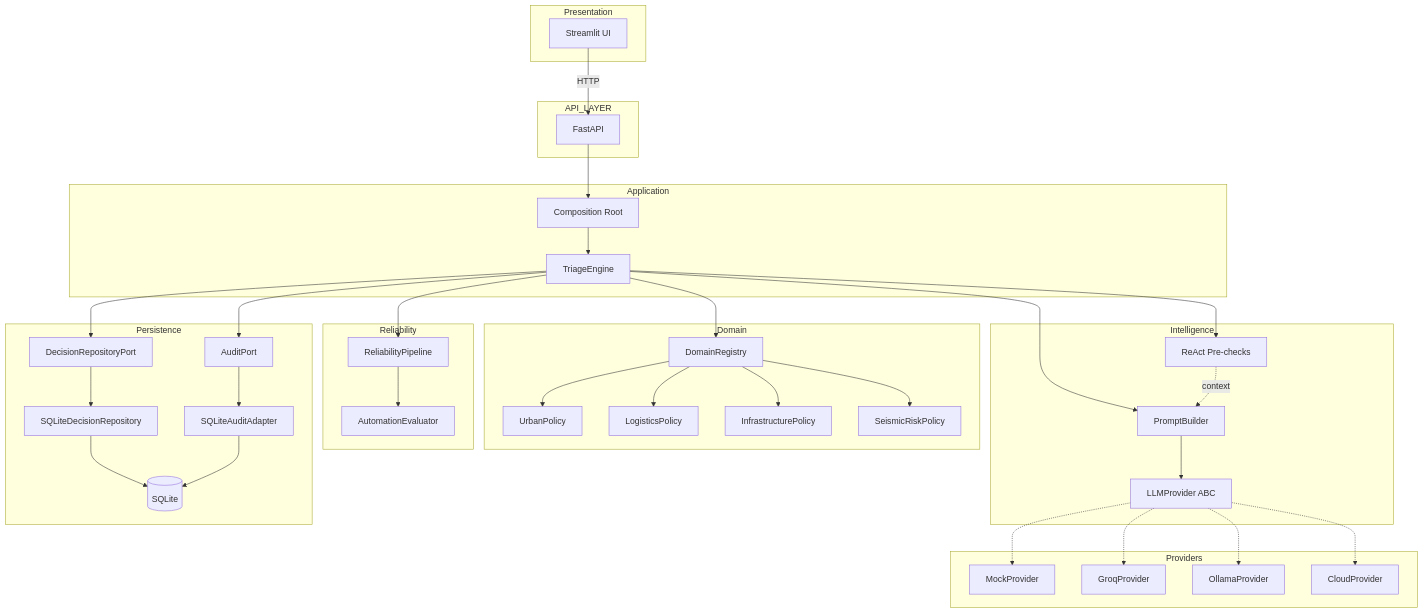
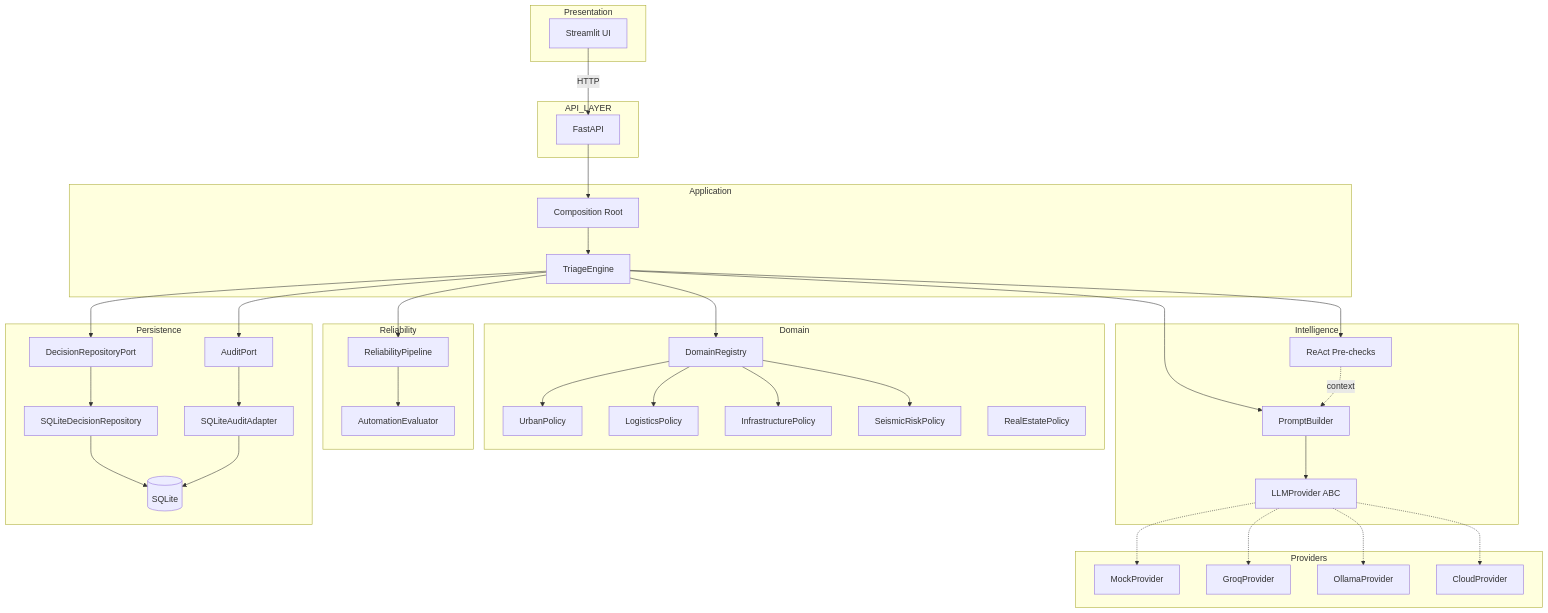
One commit to juandelaf1/CASE changed the first of 8 diagrams in README.md. Above: the diagram before and after it, drawn with Mermaid. The commit also changed other lines of this file and 11 other files, not shown here.

````diff
--- a/README.md
+++ b/README.md
@@ -98,74 +98,75 @@
 ```mermaid
 graph TB
     subgraph Presentation
         UI[Streamlit UI]
     end
 
     subgraph API_LAYER
         FASTAPI[FastAPI]
     end
 
     subgraph Application
         CR[Composition Root]
         TE[TriageEngine]
     end
 
     subgraph Domain
         DR[DomainRegistry]
         DP1[UrbanPolicy]
         DP2[LogisticsPolicy]
         DP3[InfrastructurePolicy]
         DP4[SeismicRiskPolicy]
+        DP5[RealEstatePolicy]
     end
 
     subgraph Intelligence
         REACT[ReAct Pre-checks]
         PB[PromptBuilder]
         LLM[LLMProvider ABC]
     end
 
     subgraph Providers
         MP[MockProvider]
         GP[GroqProvider]
         OP[OllamaProvider]
         CP[CloudProvider]
     end
 
     subgraph Reliability
         RP[ReliabilityPipeline]
         AE[AutomationEvaluator]
     end
 
     subgraph Persistence
         DRP[DecisionRepositoryPort]
         AUP[AuditPort]
         SDR[SQLiteDecisionRepository]
         SAU[SQLiteAuditAdapter]
         DB[(SQLite)]
     end
 
     UI -->|HTTP| FASTAPI
     FASTAPI --> CR
     CR --> TE
     TE --> DR
     TE --> REACT
     TE --> PB
     TE --> RP
     TE --> DRP
     TE --> AUP
     DR --> DP1
     DR --> DP2
     DR --> DP3
     DR --> DP4
     REACT -.->|context| PB
     PB --> LLM
     LLM -.-> MP
     LLM -.-> GP
     LLM -.-> OP
     LLM -.-> CP
     RP --> AE
     DRP --> SDR
     AUP --> SAU
     SDR --> DB
     SAU --> DB
 ```
````
